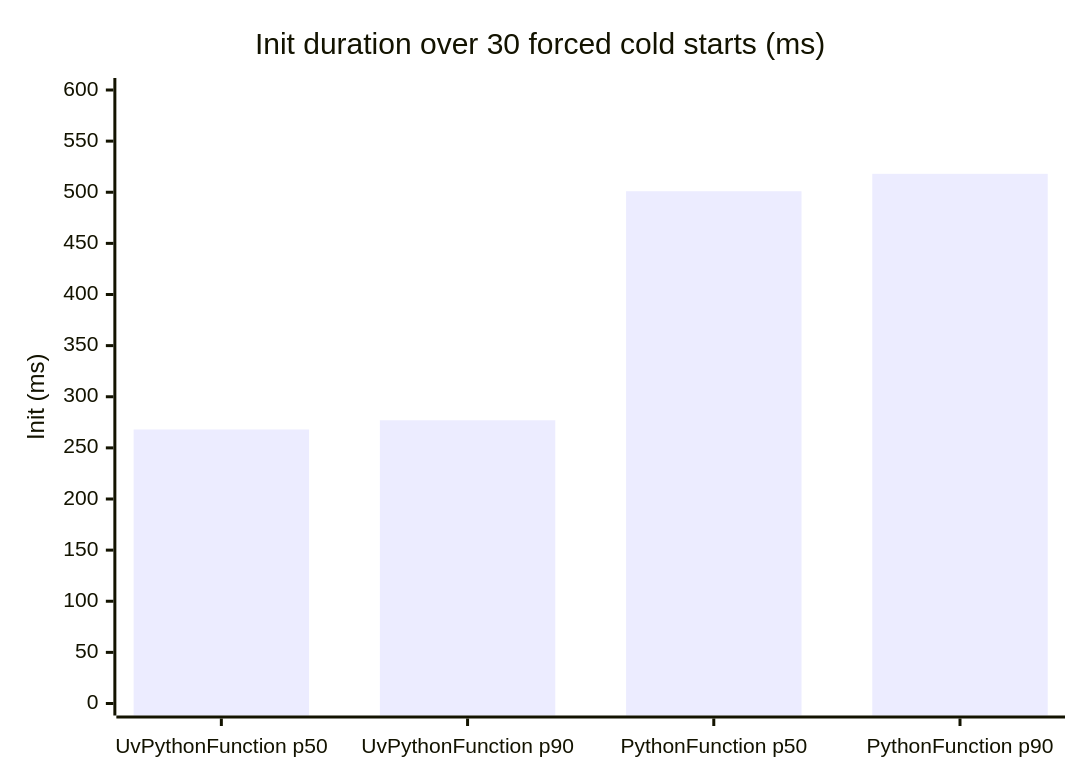
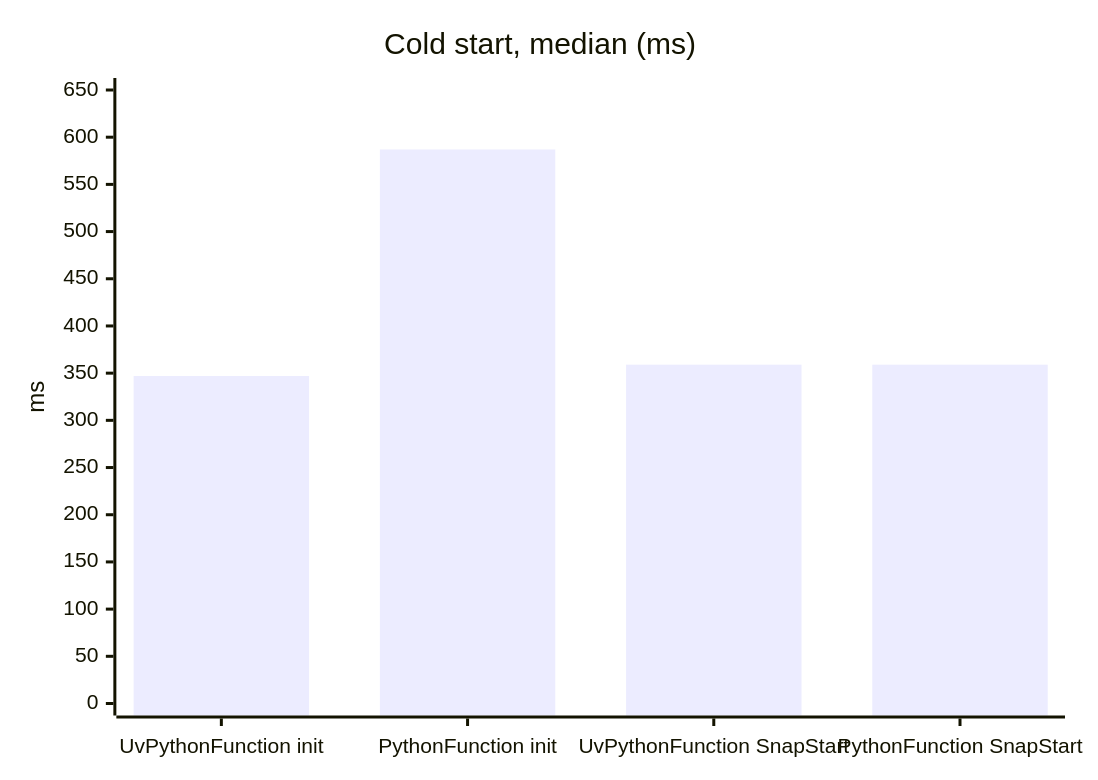
The first of 2 diagrams in cdk/lambda-python-uv-enhanced/README.md (garysassano/aws-examples), drawn with Mermaid before and after one commit. The commit also changed other lines of this file and 5 other files, not shown here.

First line of the commit message:
feat(cdk/lambda-python-uv-enhanced): move both functions to python3.15 and compare SnapStart (#19)

````diff
--- a/cdk/lambda-python-uv-enhanced/README.md
+++ b/cdk/lambda-python-uv-enhanced/README.md
@@ -23,7 +31,7 @@
 ```mermaid
 xychart-beta
-  title "Init duration over 30 forced cold starts (ms)"
-  x-axis ["UvPythonFunction p50", "UvPythonFunction p90", "PythonFunction p50", "PythonFunction p90"]
-  y-axis "Init (ms)" 0 --> 600
-  bar [268, 277, 501, 518]
+  title "Cold start, median (ms)"
+  x-axis ["UvPythonFunction init", "PythonFunction init", "UvPythonFunction SnapStart", "PythonFunction SnapStart"]
+  y-axis "ms" 0 --> 650
+  bar [347, 587, 359, 359]
 ```
````
